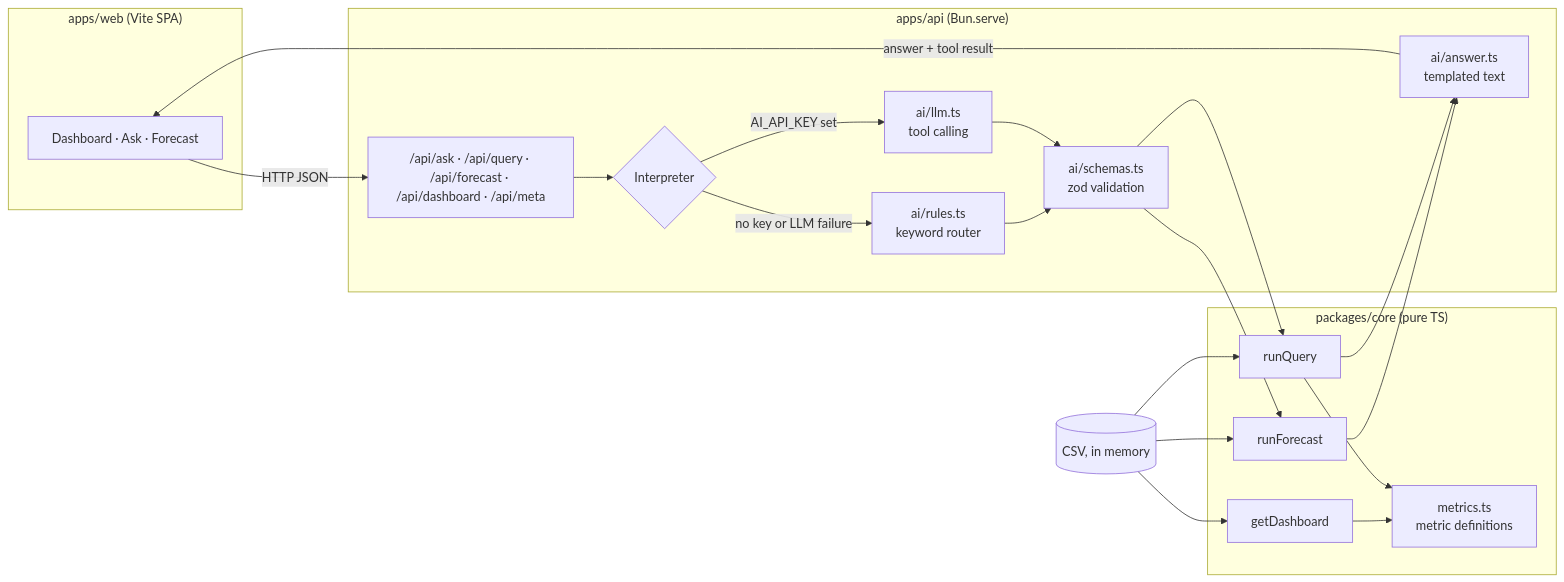
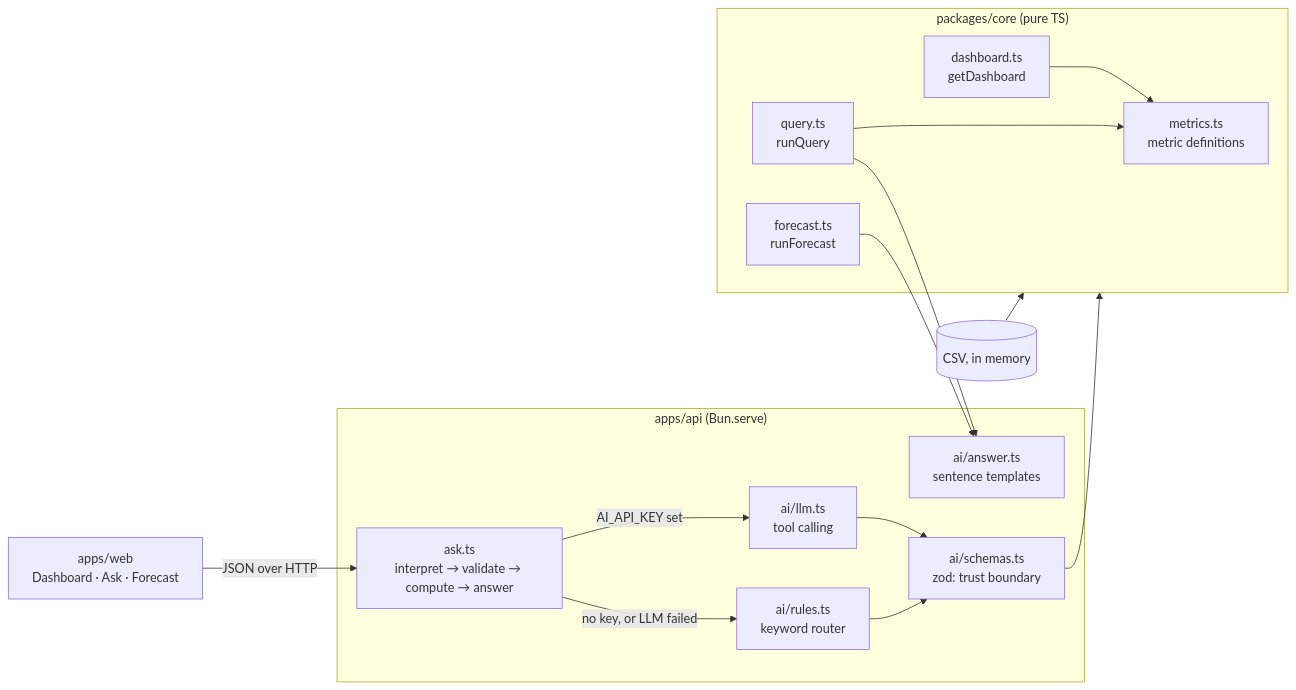
The diagram in README.md (ebysofyan/spaceship-submission), drawn with Mermaid before and after one commit. The commit also changed other lines of this file and 2 other files, not shown here.

````diff
--- a/README.md
+++ b/README.md
@@ -52,38 +39,28 @@
 ```mermaid
 flowchart LR
-  subgraph Web["apps/web (Vite SPA)"]
-    UI[Dashboard · Ask · Forecast]
-  end
+  UI["apps/web<br/>Dashboard · Ask · Forecast"] -->|JSON over HTTP| ASK
   subgraph API["apps/api (Bun.serve)"]
-    R["/api/ask · /api/query · /api/forecast · /api/dashboard · /api/meta"]
-    I{Interpreter}
+    ASK["ask.ts<br/>interpret → validate → compute → answer"]
     LLM["ai/llm.ts<br/>tool calling"]
     RULES["ai/rules.ts<br/>keyword router"]
-    Z["ai/schemas.ts<br/>zod validation"]
-    A["ai/answer.ts<br/>templated text"]
+    ZOD["ai/schemas.ts<br/>zod: trust boundary"]
+    ANS["ai/answer.ts<br/>sentence templates"]
   end
-  subgraph Core["packages/core (pure TS)"]
-    Q[runQuery]
-    F[runForecast]
-    D[getDashboard]
-    M[metrics.ts<br/>metric definitions]
+  subgraph CORE["packages/core (pure TS)"]
+    METRICS["metrics.ts<br/>metric definitions"]
+    QUERY["query.ts<br/>runQuery"]
+    FC["forecast.ts<br/>runForecast"]
+    DASH["dashboard.ts<br/>getDashboard"]
   end
-  DATA[(CSV, in memory)]
-
-  UI -->|HTTP JSON| R
-  R --> I
-  I -->|AI_API_KEY set| LLM
-  I -->|no key or LLM failure| RULES
-  LLM --> Z
-  RULES --> Z
-  Z --> Q
-  Z --> F
-  Q --> M
-  D --> M
-  Q --> A
-  F --> A
-  DATA --> Q
-  DATA --> F
-  DATA --> D
-  A -->|answer + tool result| UI
+  CSV[("CSV, in memory")]
+  ASK -->|AI_API_KEY set| LLM
+  ASK -->|no key, or LLM failed| RULES
+  LLM --> ZOD
+  RULES --> ZOD
+  ZOD --> CORE
+  QUERY --> METRICS
+  DASH --> METRICS
+  QUERY --> ANS
+  FC --> ANS
+  CSV --> CORE
 ```
````
